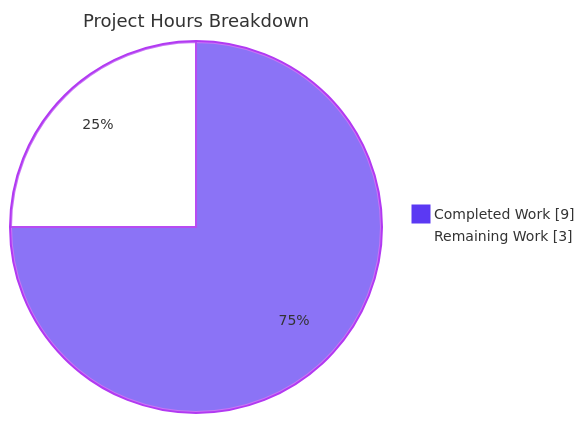
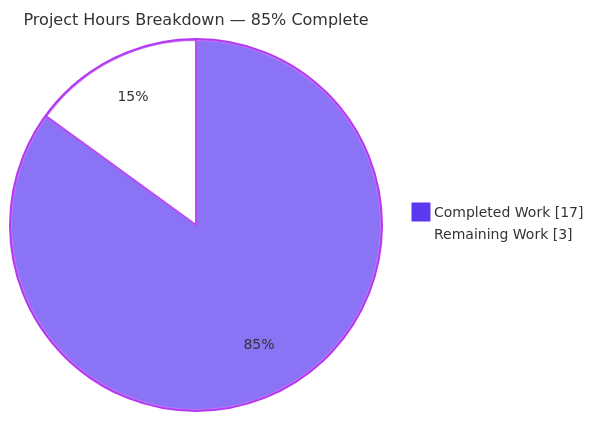
The second of 3 diagrams in blitzy/documentation/Project Guide.md (blitzy-public-samples/aws-carddemo-blitzy), drawn with Mermaid before and after one commit. The commit also changed other lines of this file, not shown here.

Commit message:
Adding Blitzy Project Guide: Project Status and Human Tasks Remaining

````diff
--- a/blitzy/documentation/Project Guide.md
+++ b/blitzy/documentation/Project Guide.md
@@ -241,7 +189,7 @@
 ```mermaid
-%%{init: {'theme':'base', 'themeVariables': {'pie1':'#5B39F3', 'pie2':'#FFFFFF', 'pieStrokeColor':'#B23AF2', 'pieOuterStrokeColor':'#B23AF2', 'pieTitleTextSize':'18px', 'pieSectionTextSize':'14px', 'pieLegendTextSize':'14px'}}}%%
+%%{init: {'theme':'base', 'themeVariables': {'pie1':'#5B39F3', 'pie2':'#FFFFFF', 'pieStrokeColor':'#B23AF2', 'pieOuterStrokeColor':'#B23AF2', 'pieTitleTextSize':'16px', 'pieSectionTextSize':'14px', 'pieLegendTextSize':'14px'}}}%%
 pie showData
-    title Project Hours Breakdown
-    "Completed Work" : 9
+    title Project Hours Breakdown — 85% Complete
+    "Completed Work" : 17
     "Remaining Work" : 3
 ```
````
